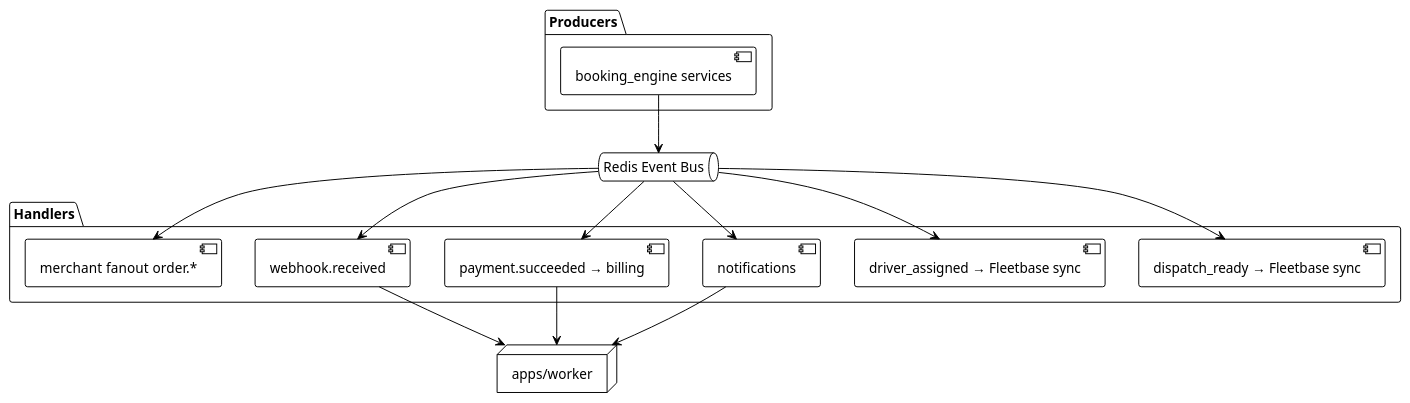
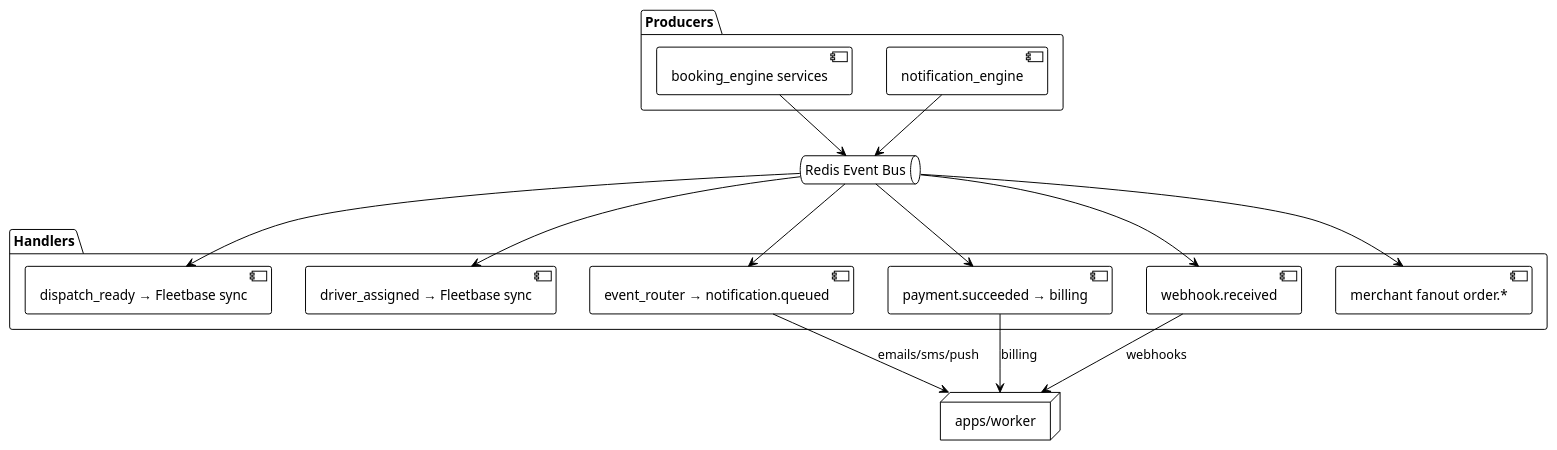
The diagram in docs/architecture/plantuml/event_bus_flow.puml (PORTERCHAIN-INC/PCD), drawn with PlantUML before and after one commit. The commit also changed 453 other files, not shown here.

```diff
--- a/docs/architecture/plantuml/event_bus_flow.puml
+++ b/docs/architecture/plantuml/event_bus_flow.puml
@@ -1,27 +1,29 @@
 @startuml event_bus_flow
 !theme plain
 package "Producers" {
   [booking_engine services] as PROD
+  [notification_engine] as NE
 }
 queue "Redis Event Bus" as BUS
 package "Handlers" {
   [dispatch_ready → Fleetbase sync] as H1
   [driver_assigned → Fleetbase sync] as H2
-  [notifications] as H3
+  [event_router → notification.queued] as H3
   [payment.succeeded → billing] as H4
   [webhook.received] as H5
   [merchant fanout order.*] as H6
 }
 node "apps/worker" as W
 
 PROD --> BUS
+NE --> BUS
 BUS --> H1
 BUS --> H2
 BUS --> H3
 BUS --> H4
 BUS --> H5
 BUS --> H6
-H4 --> W
-H3 --> W
-H5 --> W
+H3 --> W : emails/sms/push
+H4 --> W : billing
+H5 --> W : webhooks
 @enduml
```
